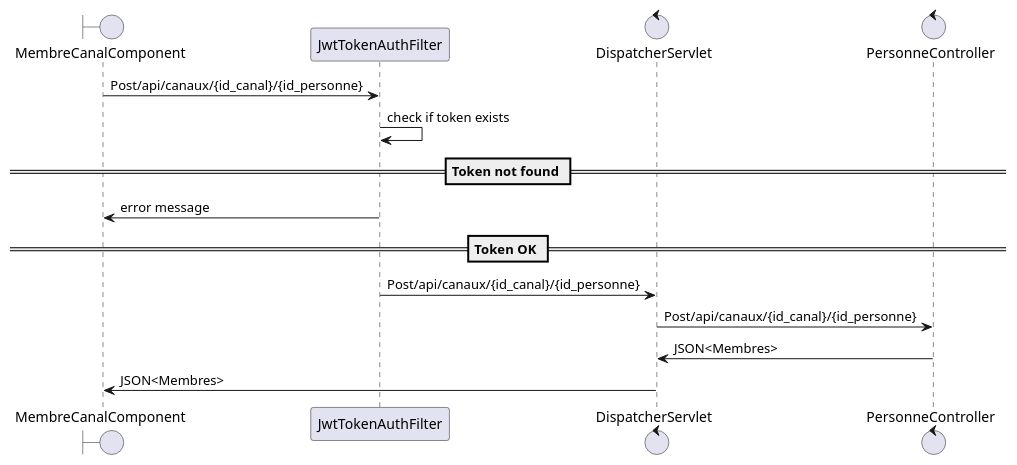
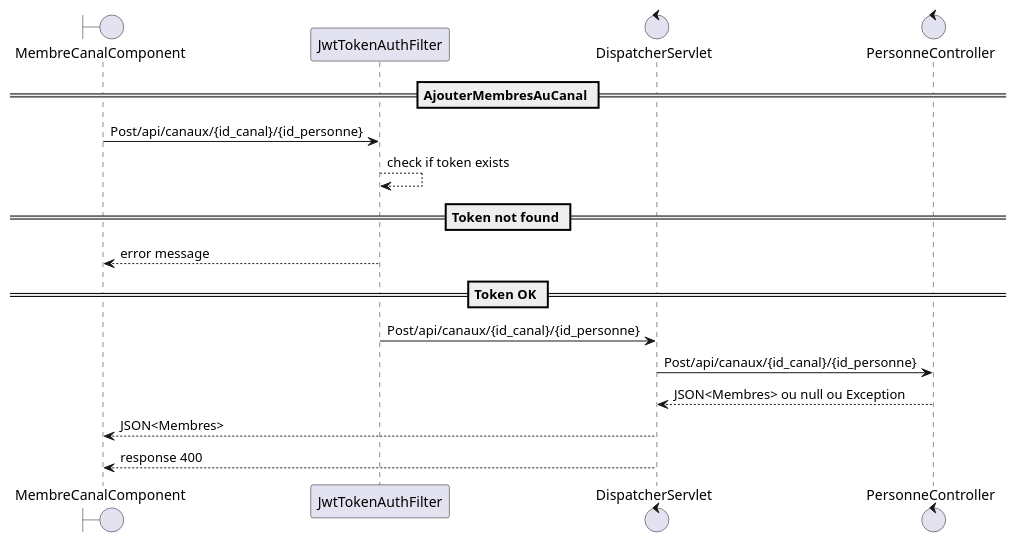
The diagram in public/diagramme-de-sequence/AjouterMembreAuCanal.puml (soupramanien/cdaMassy2021ReactJS), drawn with PlantUML before and after one commit. The commit also changed 5 other files, not shown here.

Commit message:
MAJ diagrammes de sequences

```diff
--- a/public/diagramme-de-sequence/AjouterMembreAuCanal.puml
+++ b/public/diagramme-de-sequence/AjouterMembreAuCanal.puml
@@ -3,17 +2,20 @@
 @startuml
+== AjouterMembresAuCanal ==
+
 boundary MembreCanalComponent
 participant JwtTokenAuthFilter
 control DispatcherServlet 
 control PersonneController 
 
 
 MembreCanalComponent -> JwtTokenAuthFilter : Post/api/canaux/{id_canal}/{id_personne}
-JwtTokenAuthFilter -> JwtTokenAuthFilter : check if token exists
+JwtTokenAuthFilter --> JwtTokenAuthFilter : check if token exists
 ==Token not found ==
-JwtTokenAuthFilter -> MembreCanalComponent : error message 
+JwtTokenAuthFilter --> MembreCanalComponent : error message 
 ==Token OK ==
 JwtTokenAuthFilter -> DispatcherServlet : Post/api/canaux/{id_canal}/{id_personne}
 DispatcherServlet -> PersonneController : Post/api/canaux/{id_canal}/{id_personne}
-PersonneController -> DispatcherServlet : JSON<Membres>
-DispatcherServlet -> MembreCanalComponent : JSON<Membres>
+PersonneController --> DispatcherServlet : JSON<Membres> ou null ou Exception
+DispatcherServlet --> MembreCanalComponent : JSON<Membres>
+DispatcherServlet --> MembreCanalComponent : response 400
 @enduml
```
